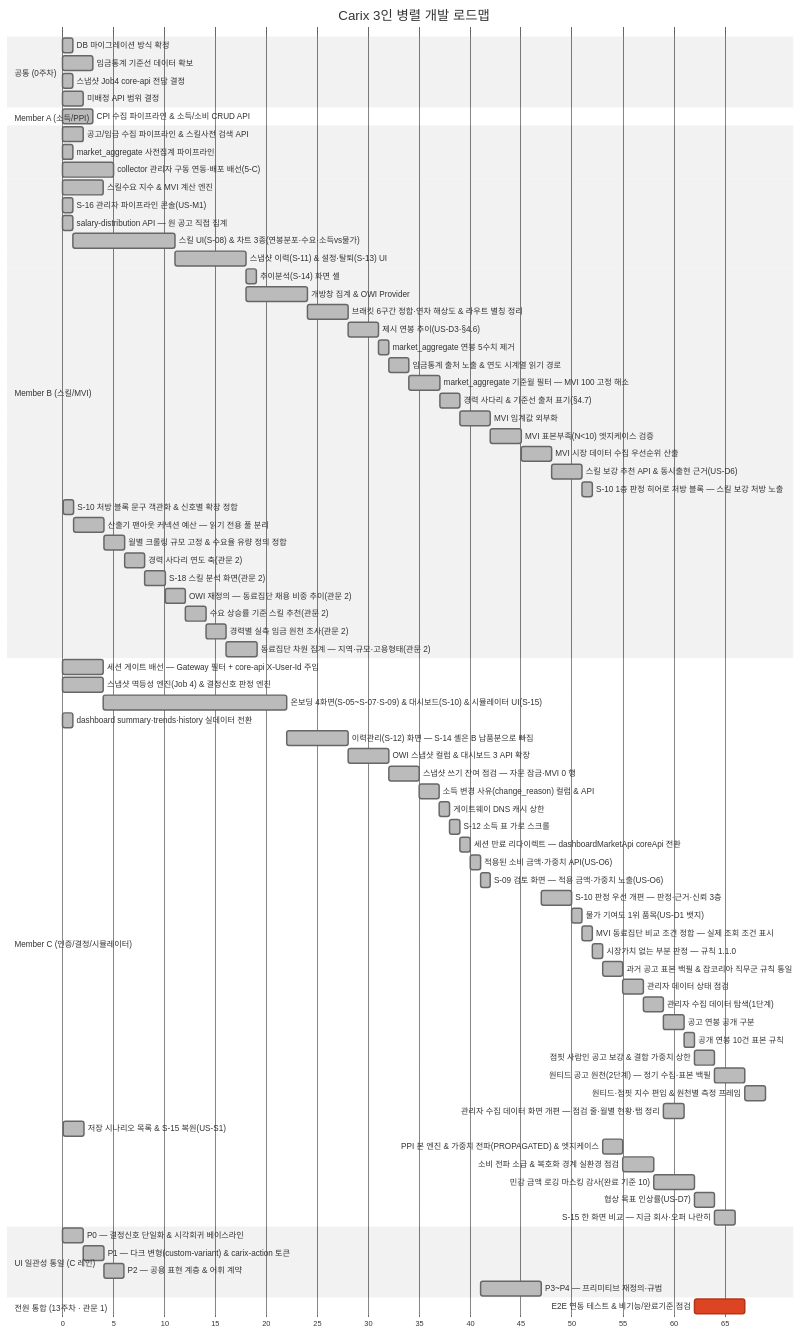
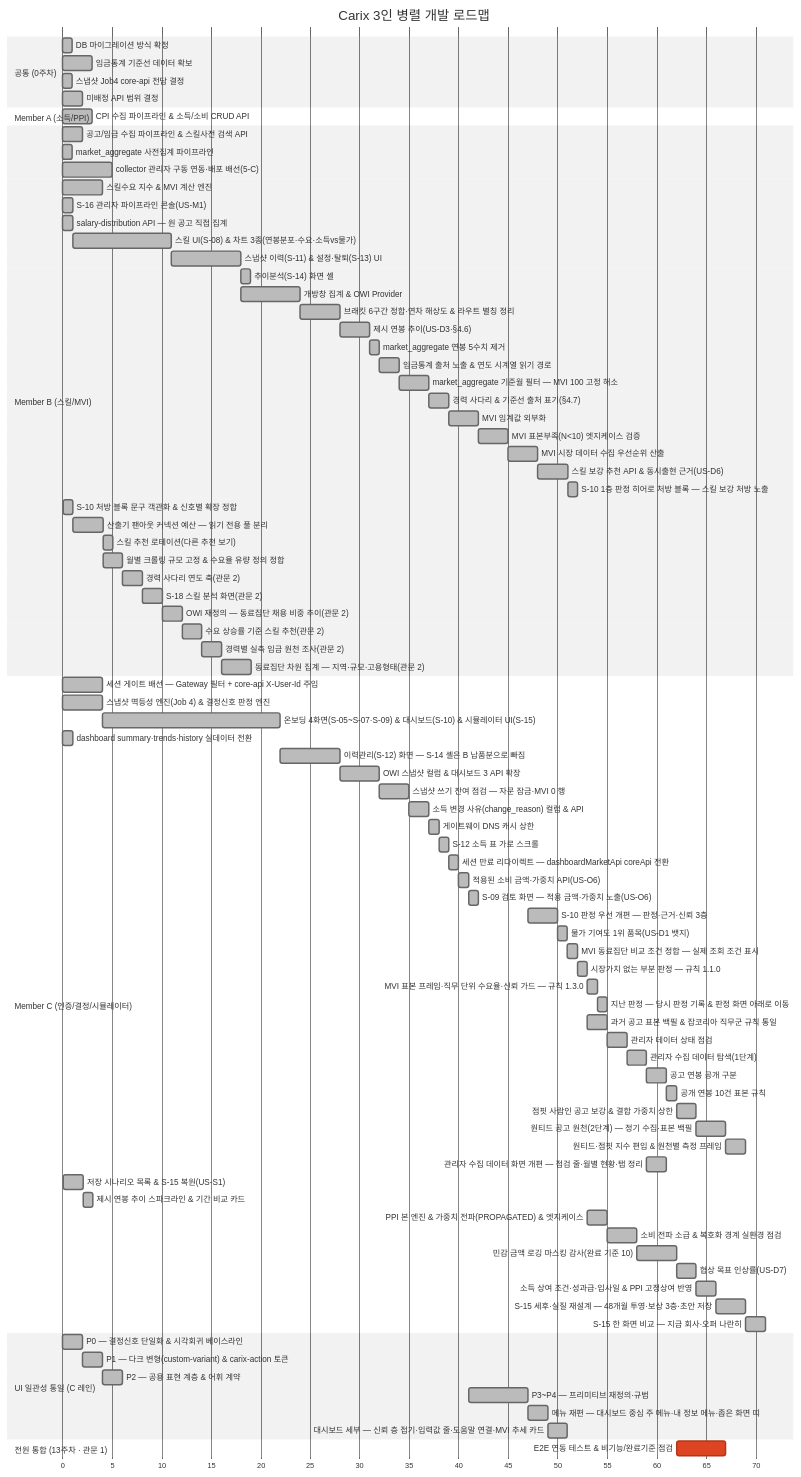
The first of 2 diagrams in docs/plans/carix-dev-plan.md (SeoHyeokGyu/Carix), drawn with Mermaid (neutral theme) before and after one commit. The commit also changed other lines of this file, not shown here.

````diff
--- a/docs/plans/carix-dev-plan.md
+++ b/docs/plans/carix-dev-plan.md
@@ -92,6 +92,7 @@
     S-10 1층 판정 히어로 처방 블록 — 스킬 보강 처방 노출 :done, b15, after b9, 1s
     S-10 처방 블록 문구 객관화 & 신호별 확장 정합 :done, b20, 83, 1s
     산출기 팬아웃 커넥션 예산 — 읽기 전용 풀 분리 :done, b17, after b20, 3s
+    스킬 추천 로테이션(다른 추천 보기) :done, b26, after b17, 1s
     월별 크롤링 규모 고정 & 수요율 유량 정의 정합 :done, b21, after b17, 2s
     경력 사다리 연도 축(관문 2) :done, b14, after b21, 2s
     S-18 스킬 분석 화면(관문 2) :done, b19, after b14, 2s
@@ -117,6 +118,8 @@
     물가 기여도 1위 품목(US-D1 뱃지) :done, c12, after c15, 1s
     MVI 동료집단 비교 조건 정합 — 실제 조회 조건 표시 :done, c22, after c12, 1s
     시장가치 없는 부분 판정 — 규칙 1.1.0 :done, c23, after c22, 1s
+    MVI 표본 프레임·직무 단위 수요율·신뢰 가드 — 규칙 1.3.0 :done, c34, after c23, 1s
+    지난 판정 — 당시 판정 기록 & 판정 화면 아래로 이동 :done, c35, after c34, 1s
     과거 공고 표본 백필 & 잡코리아 직무군 규칙 통일 :done, c24, after c23, 2s
     관리자 데이터 상태 점검 :done, c25, after c24, 2s
     관리자 수집 데이터 탐색(1단계) :done, c26, after c25, 2s
@@ -127,16 +130,21 @@
     원티드·점핏 지수 편입 & 원천별 측정 프레임 :done, c32, after c30, 2s
     관리자 수집 데이터 화면 개편 — 점검 줄·월별 현황·탭 정리 :done, c31, after c26, 2s
     저장 시나리오 목록 & S-15 복원(US-S1) :done, c9, 83, 2s
+    제시 연봉 추이 스파크라인 & 기간 비교 카드 :done, c36, after c9, 1s
     PPI 본 엔진 & 가중치 전파(PROPAGATED) & 엣지케이스 :done, a2, after c23, 2s
     소비 전파 소급 & 복호화 경계 실환경 점검 :done, a12, after a2 c9, 3s
     민감 금액 로깅 마스킹 감사(완료 기준 10) :done, a7, after a12, 4s
     협상 목표 인상률(US-D7) :done, c8, after a7, 2s
-    S-15 한 화면 비교 — 지금 회사·오퍼 나란히 :done, c33, after c8, 2s
+    소득 상여 조건·성과급·입사일 & PPI 고정상여 반영 :done, c37, after c8, 2s
+    S-15 세후·실질 재설계 — 48개월 투영·보상 3층·초안 저장 :done, c38, after c37, 3s
+    S-15 한 화면 비교 — 지금 회사·오퍼 나란히 :done, c33, after c38, 2s
     section UI 일관성 통일 (C 레인)
     P0 — 결정신호 단일화 & 시각회귀 베이스라인 :done, ui0, 33, 2s
     P1 — 다크 변형(custom-variant) & carix-action 토큰 :done, ui1, after ui0, 2s
     P2 — 공용 표현 계층 & 어휘 계약 :done, ui2, after ui1, 2s
     P3~P4 — 프리미티브 재정의·규범 :done, ui3, after c11, 6s
+    메뉴 재편 — 대시보드 중심 주 메뉴·내 정보 메뉴·좁은 화면 띠 :done, ui4, after ui3, 2s
+    대시보드 세부 — 신뢰 층 접기·입력값 줄·도움말 연결·MVI 추세 카드 :done, ui5, after ui4, 2s
     section 전원 통합 (13주차 · 관문 1)
     E2E 연동 테스트 & 비기능/완료기준 점검 :crit, e2e, after b21 a7, 5s
 ```
````
